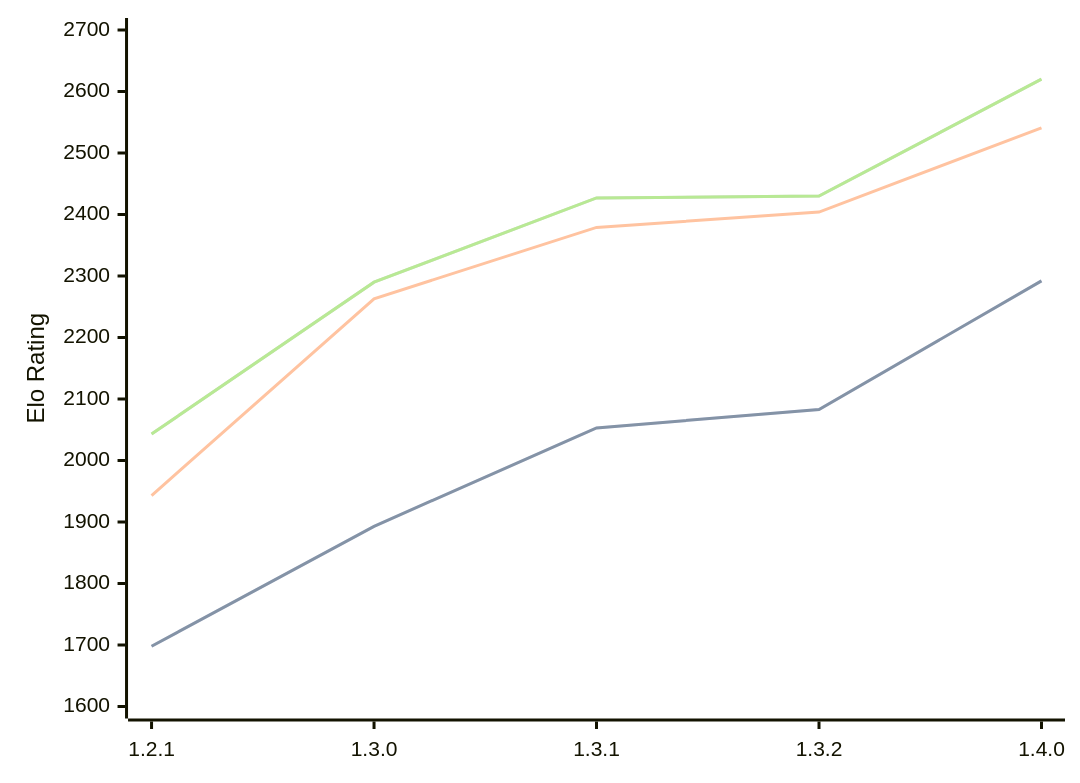
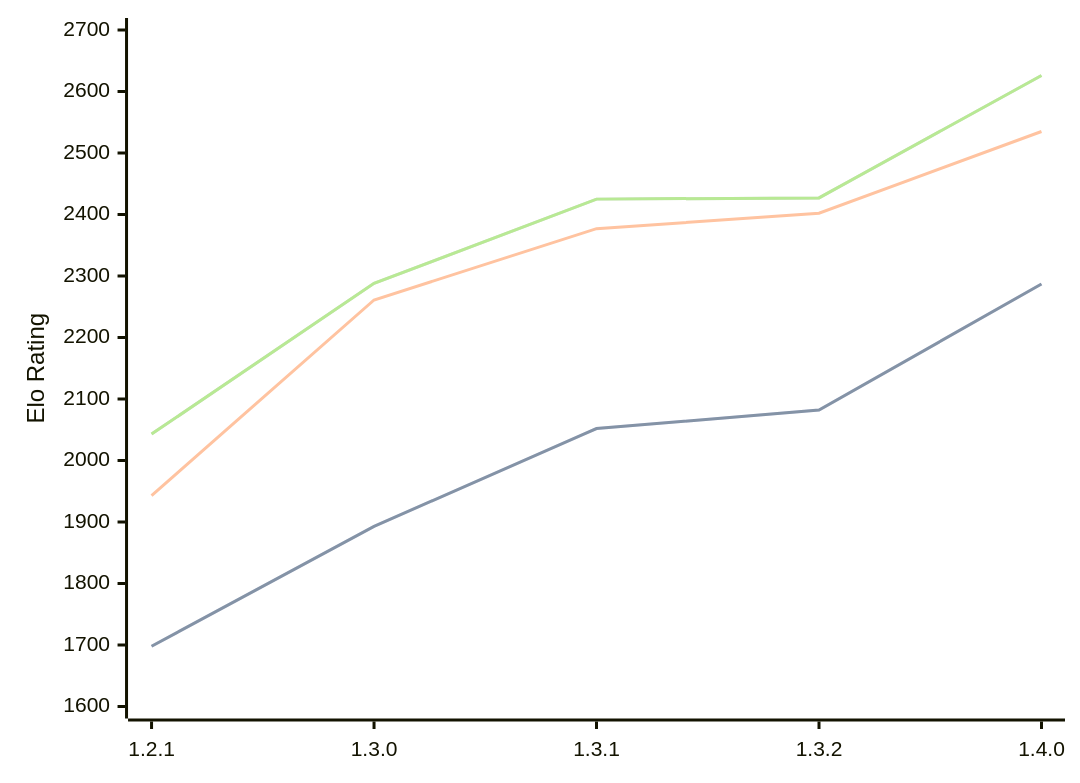
One commit to computer-chess-index/cci changed the diagram in engines/Chal.md. Above: the diagram before and after it, drawn with Mermaid. The commit also changed other lines of this file, not shown here.

Commit message:
Update CCI Ratings (ELO VLTC) - 2026-04-24

````diff
--- a/engines/Chal.md
+++ b/engines/Chal.md
@@ -38,11 +38,11 @@
 ```mermaid
 %%{init: {"theme":"base","themeVariables":{"seriesColors:['#a3a3a3','#222221','#faa371']}}}%%
 xychart-beta
   x-axis ["1.2.1", "1.3.0", "1.3.1", "1.3.2", "1.4.0"]
   y-axis "Elo Rating" 1600 --> 2700
-  line "STC (8.0+0.08s)" [1698, 1893, 2053, 2083, 2292]
-  line "STC (8.0+0.08s)" [1698, 1893, 2053, 2083, 2292]
-  line "LTC (60.0+0.60s)" [1943, 2263, 2379, 2404, 2541]
-  line "VLTC (2m24s+1.12s)" [2043, 2290, 2427, 2430, 2620]
-  line "VLTC (2m24s+1.12s)" [2043, 2290, 2427, 2430, 2620]
+  line "STC (8.0+0.08s)" [1698, 1893, 2052, 2082, 2287]
+  line "STC (8.0+0.08s)" [1698, 1893, 2052, 2082, 2287]
+  line "LTC (60.0+0.60s)" [1943, 2261, 2377, 2402, 2535]
+  line "VLTC (2m24s+1.12s)" [2043, 2288, 2425, 2427, 2626]
+  line "VLTC (2m24s+1.12s)" [2043, 2288, 2425, 2427, 2626]
 ```
````
